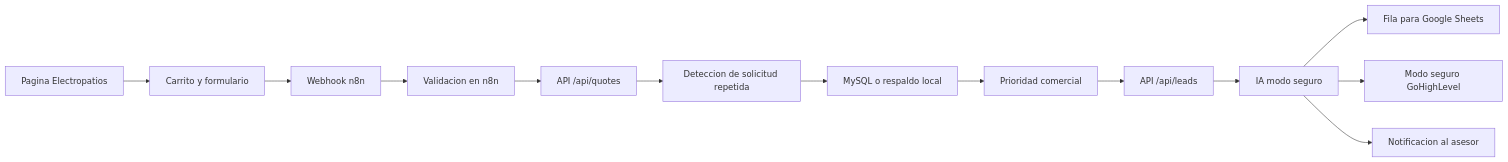
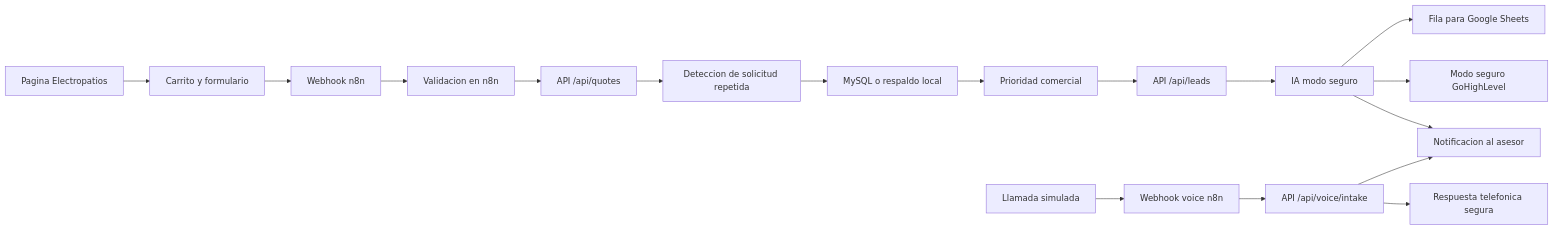
One commit to deyson24ivan/electropatios-quote-system changed the diagram in README.md. Above: the diagram before and after it, drawn with Mermaid. The commit also changed other lines of this file and 14 other files, not shown here.

Commit message:
Add voice AI safe mode intake

````diff
--- a/README.md
+++ b/README.md
@@ -142,15 +154,19 @@
 ```mermaid
 flowchart LR
   A["Pagina Electropatios"] --> B["Carrito y formulario"]
   B --> C["Webhook n8n"]
   C --> D["Validacion en n8n"]
   D --> E["API /api/quotes"]
   E --> F["Deteccion de solicitud repetida"]
   F --> G["MySQL o respaldo local"]
   G --> H["Prioridad comercial"]
   H --> I["API /api/leads"]
   I --> J["IA modo seguro"]
   J --> K["Fila para Google Sheets"]
   J --> L["Modo seguro GoHighLevel"]
   J --> M["Notificacion al asesor"]
+  N["Llamada simulada"] --> O["Webhook voice n8n"]
+  O --> P["API /api/voice/intake"]
+  P --> Q["Respuesta telefonica segura"]
+  P --> M
 ```
````
